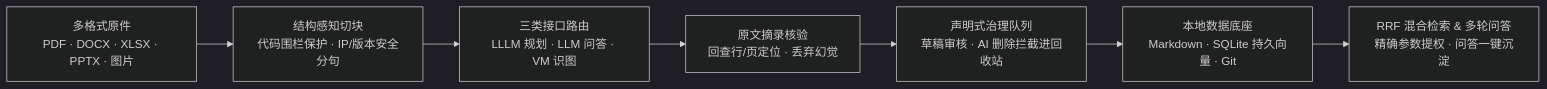
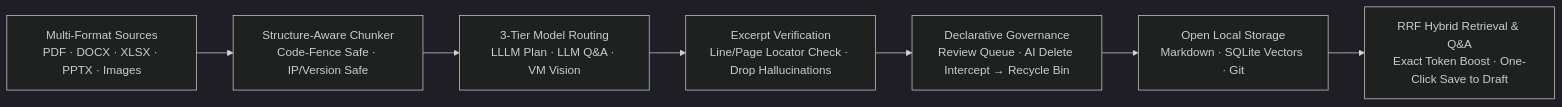
The diagram in README.md (JoeJiang-927117/Super-Knowledge-Base), drawn with Mermaid (dark theme) before and after one commit. The commit also changed other lines of this file and 22 other files, not shown here.

````diff
--- a/README.md
+++ b/README.md
@@ -116,9 +117,9 @@
 ```mermaid
 flowchart LR
-    A["多格式原件<br/>PDF · DOCX · XLSX · PPTX · 图片"] --> B["结构感知切块<br/>代码围栏保护 · IP/版本安全分句"]
-    B --> C["三类接口路由<br/>LLLM 规划 · LLM 问答 · VM 识图"]
-    C --> D["原文摘录核验<br/>回查行/页定位 · 丢弃幻觉"]
-    D --> E["声明式治理队列<br/>草稿审核 · AI 删除拦截进回收站"]
-    E --> F["本地数据底座<br/>Markdown · SQLite 持久向量 · Git"]
-    F --> G["RRF 混合检索 & 多轮问答<br/>精确参数提权 · 问答一键沉淀"]
+    A["Multi-Format Sources<br/>PDF · DOCX · XLSX · PPTX · Images"] --> B["Structure-Aware Chunker<br/>Code-Fence Safe · IP/Version Safe"]
+    B --> C["3-Tier Model Routing<br/>LLLM Plan · LLM Q&A · VM Vision"]
+    C --> D["Excerpt Verification<br/>Line/Page Locator Check · Drop Hallucinations"]
+    D --> E["Declarative Governance<br/>Review Queue · AI Delete Intercept → Recycle Bin"]
+    E --> F["Open Local Storage<br/>Markdown · SQLite Vectors · Git"]
+    F --> G["RRF Hybrid Retrieval & Q&A<br/>Exact Token Boost · One-Click Save to Draft"]
 ```
````
